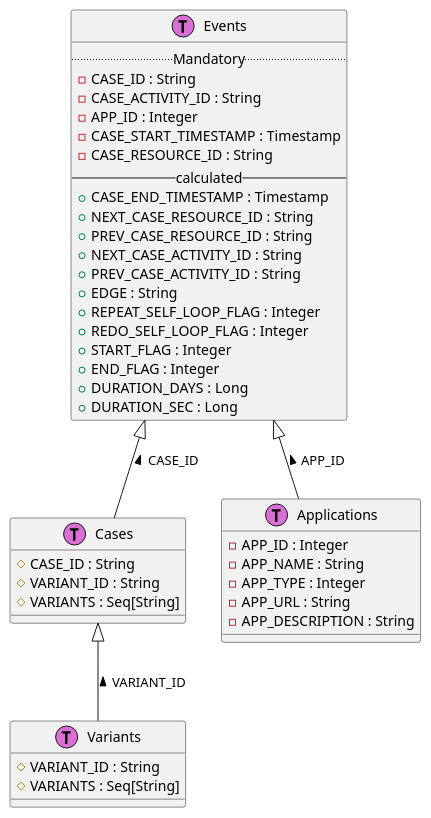
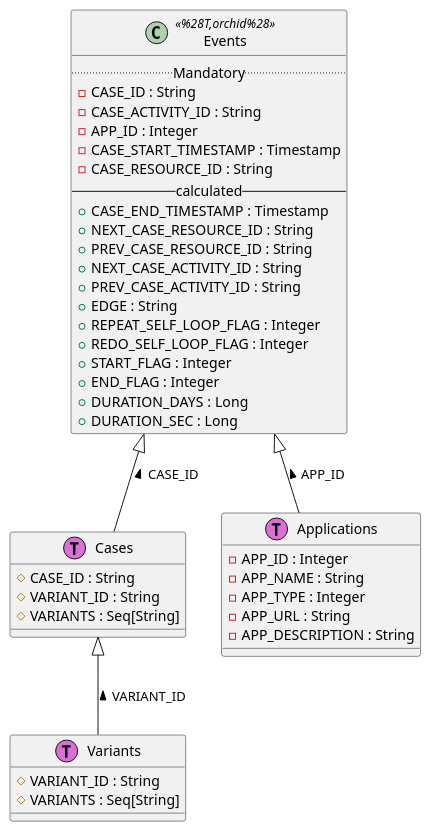
One commit to fcenedes/flows changed the diagram in flow.md. Above: the diagram before and after it, drawn with PlantUML.

```diff
--- a/flow.md
+++ b/flow.md
@@ -20,47 +20,47 @@
 @startuml
 
-class Events <<(T,orchid)>> {
+class Events <<%28T,orchid%28>> {
 .. Mandatory ..
 -CASE_ID : String
 -CASE_ACTIVITY_ID : String
 -APP_ID : Integer
 -CASE_START_TIMESTAMP : Timestamp
 -CASE_RESOURCE_ID : String
 -- calculated --
 +CASE_END_TIMESTAMP : Timestamp
 +NEXT_CASE_RESOURCE_ID : String
 +PREV_CASE_RESOURCE_ID : String
 +NEXT_CASE_ACTIVITY_ID : String
 +PREV_CASE_ACTIVITY_ID : String
 +EDGE : String
 +REPEAT_SELF_LOOP_FLAG : Integer
 +REDO_SELF_LOOP_FLAG : Integer
 +START_FLAG : Integer
 +END_FLAG : Integer
 +DURATION_DAYS : Long
 +DURATION_SEC : Long  
 }
 
 class Cases <<(T,orchid)>> {
 #CASE_ID : String
 #VARIANT_ID : String
 #VARIANTS : Seq[String]
 }
 
 class Variants <<(T,orchid)>> {
  #VARIANT_ID : String
  #VARIANTS : Seq[String]
 }
 
 class Applications <<(T,orchid)>> {
 -APP_ID : Integer
 -APP_NAME : String
 -APP_TYPE : Integer
 -APP_URL : String
 -APP_DESCRIPTION : String
 }
 Events <|-- Cases : < CASE_ID
 Cases <|-- Variants : < VARIANT_ID
 Events <|-- Applications : < APP_ID
 
 @enduml
```
